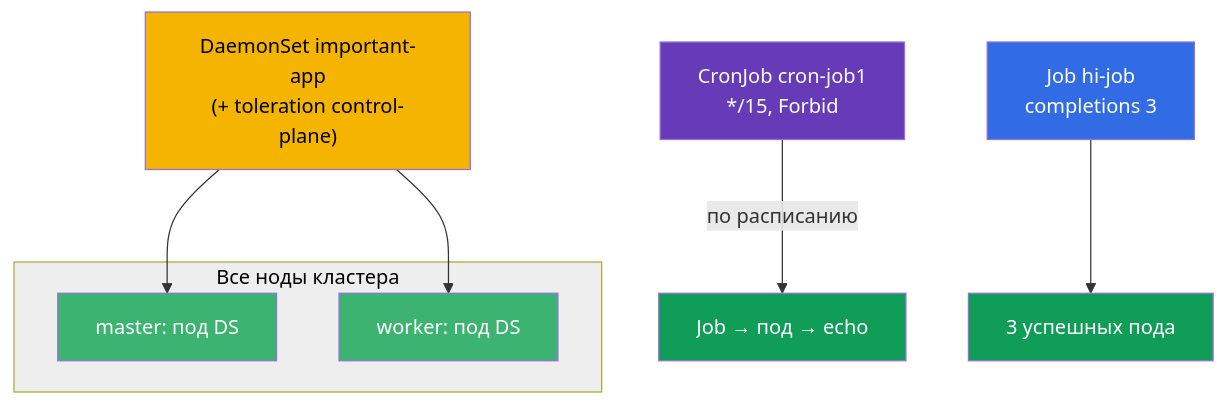
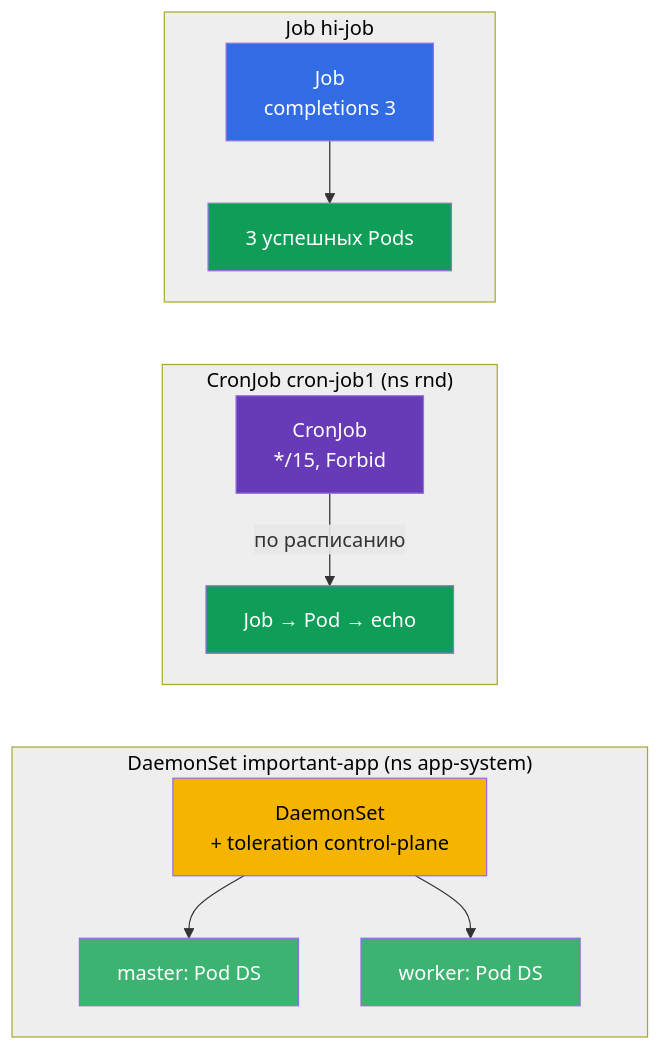
Before and after one commit to ViktorUJ/cks: the diagram in tasks/cka/labs/103/README_RU.MD, drawn with Mermaid. The commit also changed other lines of this file, not shown here.

````diff
--- a/tasks/cka/labs/103/README_RU.MD
+++ b/tasks/cka/labs/103/README_RU.MD
@@ -28,19 +37,25 @@
 ```mermaid
 flowchart TB
-    cj["CronJob cron-job1<br>*/15, Forbid"] -->|"по расписанию"| j2["Job → под → echo"]
-    job["Job hi-job<br>completions 3"] --> jp["3 успешных пода"]
-    subgraph nodes["Все ноды кластера"]
-        m["master: под DS"]
-        w["worker: под DS"]
+    subgraph jobsub["Job hi-job"]
+        job["Job<br>completions 3"] --> jp["3 успешных Pods"]
     end
-    ds["DaemonSet important-app<br>(+ toleration control-plane)"] --> m
-    ds --> w
+    subgraph cronsub["CronJob cron-job1 (ns rnd)"]
+        cj["CronJob<br>*/15, Forbid"] -->|"по расписанию"| j2["Job → Pod → echo"]
+    end
+    subgraph dssub["DaemonSet important-app (ns app-system)"]
+        ds["DaemonSet<br>+ toleration control-plane"] --> m["master: Pod DS"]
+        ds --> w["worker: Pod DS"]
+    end
+    jp ~~~ cj
+    j2 ~~~ ds
+    style jobsub fill:#eeeeee,color:#000
+    style cronsub fill:#eeeeee,color:#000
+    style dssub fill:#eeeeee,color:#000
+    style job fill:#326ce5,color:#fff
+    style jp fill:#0f9d58,color:#fff
     style cj fill:#673ab7,color:#fff
     style j2 fill:#0f9d58,color:#fff
-    style job fill:#326ce5,color:#fff
-    style jp fill:#0f9d58,color:#fff
-    style nodes fill:#eeeeee,color:#000
     style ds fill:#f4b400,color:#000
     style m fill:#3cb371,color:#fff
     style w fill:#3cb371,color:#fff
 ```
````
